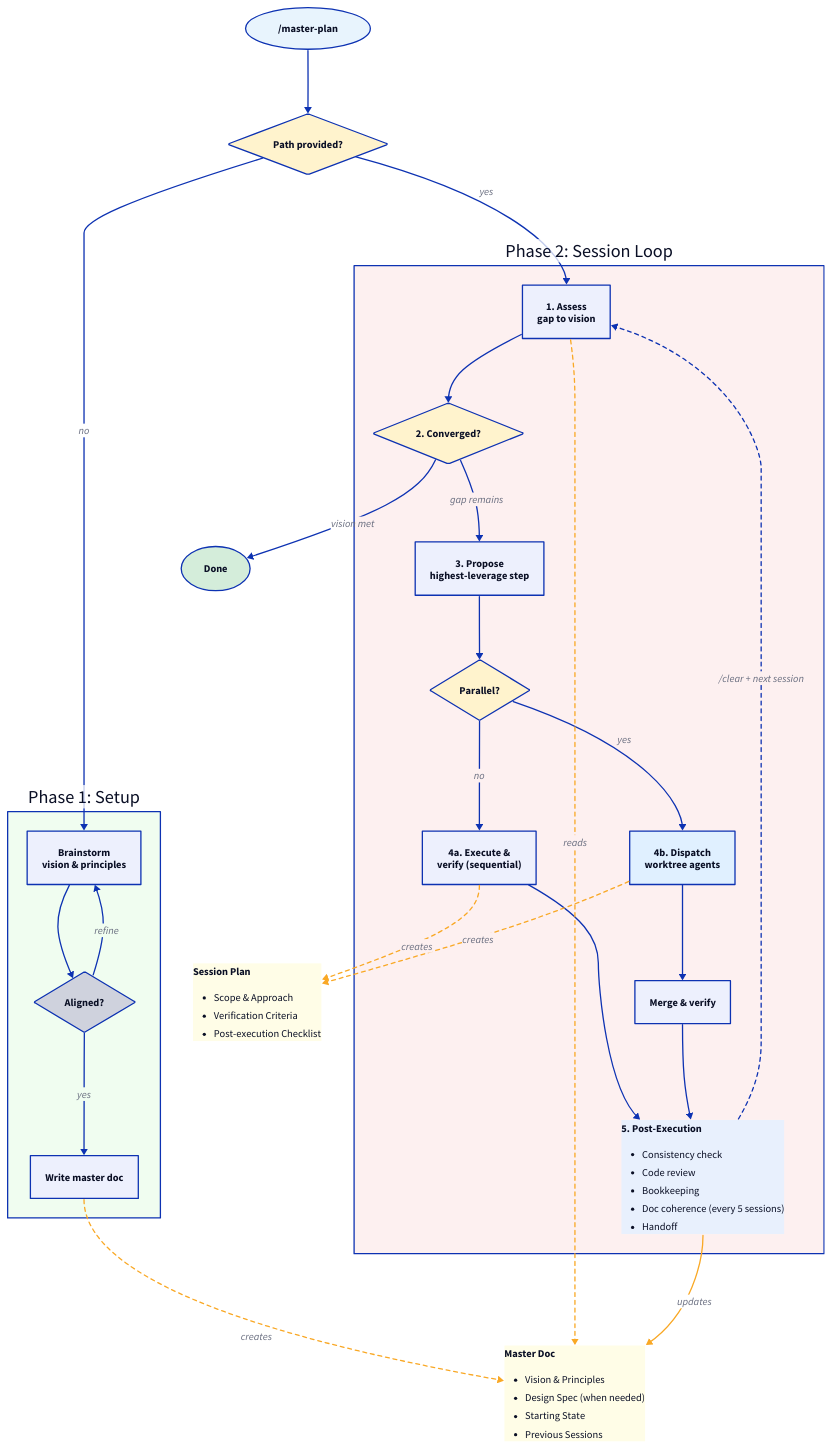
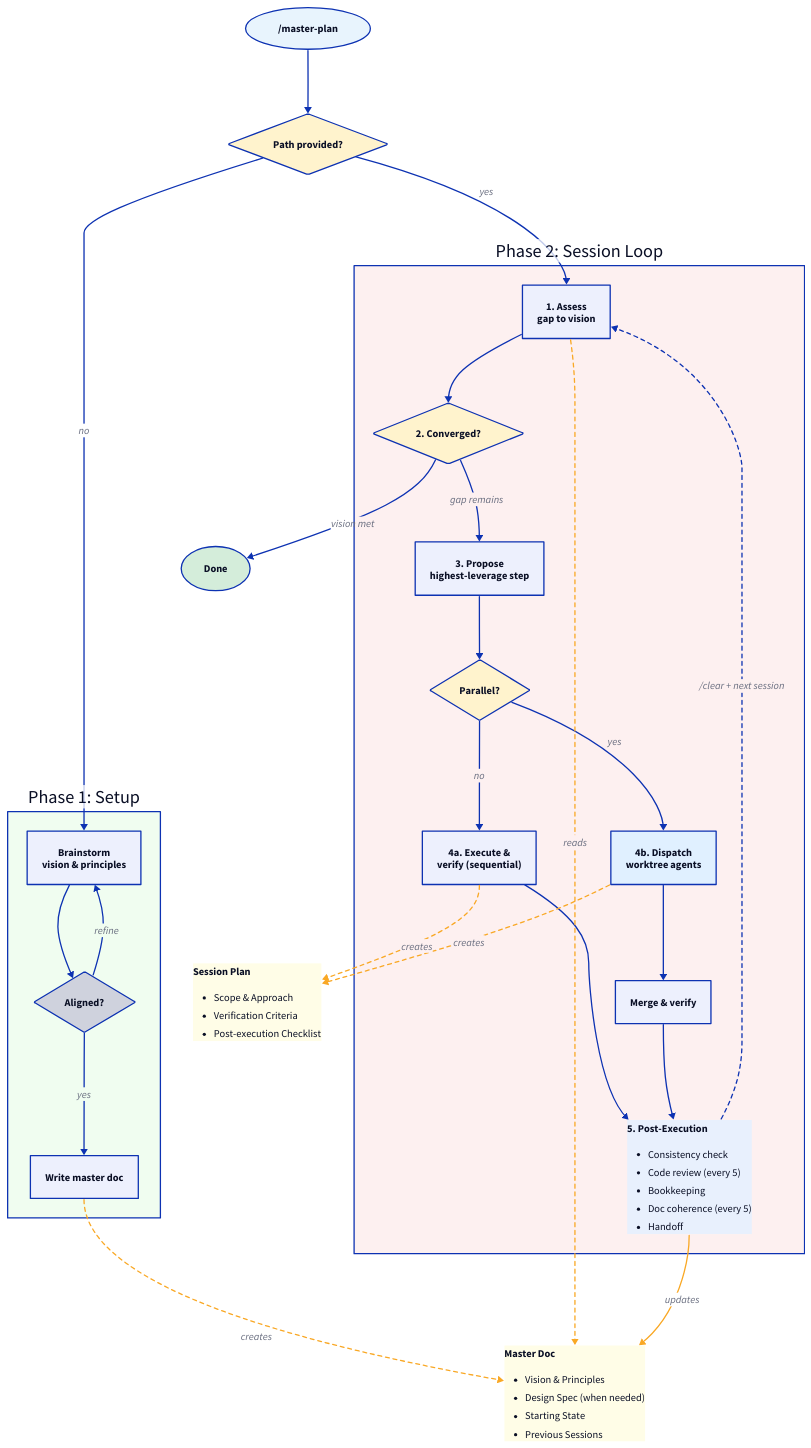
One commit to lcguerrerocovo/claude-master-plan changed the diagram in docs/master-plan-flow.d2. Above: the diagram before and after it, drawn with D2. The commit also changed 1 other file, not shown here.

Commit message:
Update diagram to reflect code review every 5 sessions

```diff
--- a/docs/master-plan-flow.d2
+++ b/docs/master-plan-flow.d2
@@ -1,144 +1,144 @@
 direction: down
 
 # --- Entry ---
 
 start: "/master-plan" {
   shape: oval
   style.fill: "#e8f4fd"
 }
 
 route: "Path provided?" {
   shape: diamond
   style.fill: "#fff3cd"
 }
 
 start -> route
 
 # --- Phase 1 (setup) ---
 
 phase1: "Phase 1: Setup" {
   style.fill: "#f0fdf0"
 
   brainstorm: "Brainstorm\nvision & principles"
   aligned: "Aligned?" { shape: diamond }
   write: "Write master doc"
 
   brainstorm -> aligned
   aligned -> brainstorm: "refine"
   aligned -> write: "yes"
 }
 
 route -> phase1.brainstorm: "no"
 
 # --- Artifacts ---
 
 master_doc: "Master Doc" {
   shape: page
   style.fill: "#fffde7"
   style.stroke: "#f9a825"
   label: |md
     **Master Doc**
     - Vision & Principles
     - Design Spec (when needed)
     - Starting State
     - Previous Sessions
   |
 }
 
 phase1.write -> master_doc: "creates" {
   style.stroke: "#f9a825"
   style.stroke-dash: 3
 }
 
 # --- Phase 2 (session loop) ---
 
 phase2: "Phase 2: Session Loop" {
   style.fill: "#fdf0f0"
 
   assess: "1. Assess\ngap to vision"
   converge: "2. Converged?" {
     shape: diamond
     style.fill: "#fff3cd"
   }
   propose: "3. Propose\nhighest-leverage step"
   parallel: "Parallel?" {
     shape: diamond
     style.fill: "#fff3cd"
   }
   seq_exec: "4a. Execute &\nverify (sequential)"
   par_exec: "4b. Dispatch\nworktree agents" {
     style.fill: "#e0f0ff"
   }
   merge: "Merge & verify"
 
   post_exec: "5. Post-Execution" {
     style.fill: "#e8f0fd"
     label: |md
       **5. Post-Execution**
       - Consistency check
-      - Code review
+      - Code review (every 5)
       - Bookkeeping
-      - Doc coherence (every 5 sessions)
+      - Doc coherence (every 5)
       - Handoff
     |
   }
 
   assess -> converge
   converge -> propose: "gap remains"
   propose -> parallel
   parallel -> seq_exec: "no"
   parallel -> par_exec: "yes"
   seq_exec -> post_exec
   par_exec -> merge
   merge -> post_exec
 }
 
 route -> phase2.assess: "yes"
 
 # --- Artifact connections ---
 
 phase2.assess -> master_doc: "reads" {
   style.stroke: "#f9a825"
   style.stroke-dash: 3
 }
 
 phase2.post_exec -> master_doc: "updates" {
   style.stroke: "#f9a825"
 }
 
 session_plan: "Session Plan" {
   shape: page
   style.fill: "#fffde7"
   style.stroke: "#f9a825"
   label: |md
     **Session Plan**
     - Scope & Approach
     - Verification Criteria
     - Post-execution Checklist
   |
 }
 
 phase2.seq_exec -> session_plan: "creates" {
   style.stroke: "#f9a825"
   style.stroke-dash: 3
 }
 
 phase2.par_exec -> session_plan: "creates" {
   style.stroke: "#f9a825"
   style.stroke-dash: 3
 }
 
 # --- Convergence exit ---
 
 done: "Done" {
   shape: oval
   style.fill: "#d4edda"
 }
 
 phase2.converge -> done: "vision met"
 
 # --- Loop back ---
 
 phase2.post_exec -> phase2.assess: "/clear + next session" {
   style.stroke-dash: 3
 }
```
